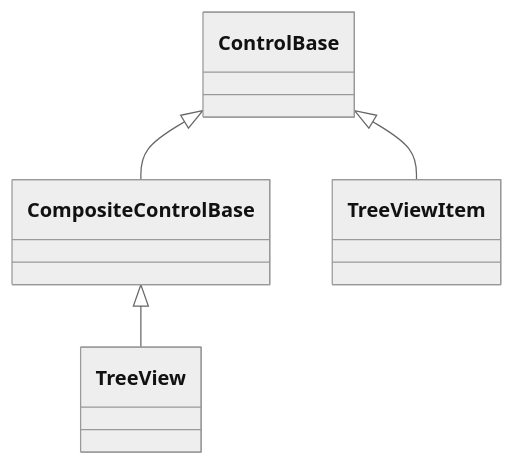
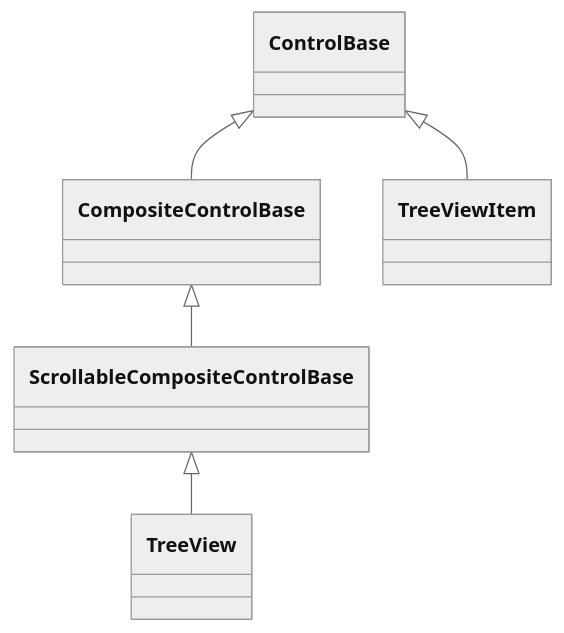
Before and after one commit to pavkam/sharp-vision: the first of 2 diagrams in docs/controls/collections/tree-view.md, drawn with Mermaid (neutral theme). The commit also changed other lines of this file and 29 other files, not shown here.

````diff
--- a/docs/controls/collections/tree-view.md
+++ b/docs/controls/collections/tree-view.md
@@ -16,6 +17,7 @@
 ```mermaid
 classDiagram
     ControlBase <|-- CompositeControlBase
-    CompositeControlBase <|-- TreeView
+    CompositeControlBase <|-- ScrollableCompositeControlBase
+    ScrollableCompositeControlBase <|-- TreeView
     ControlBase <|-- TreeViewItem
 ```
````
